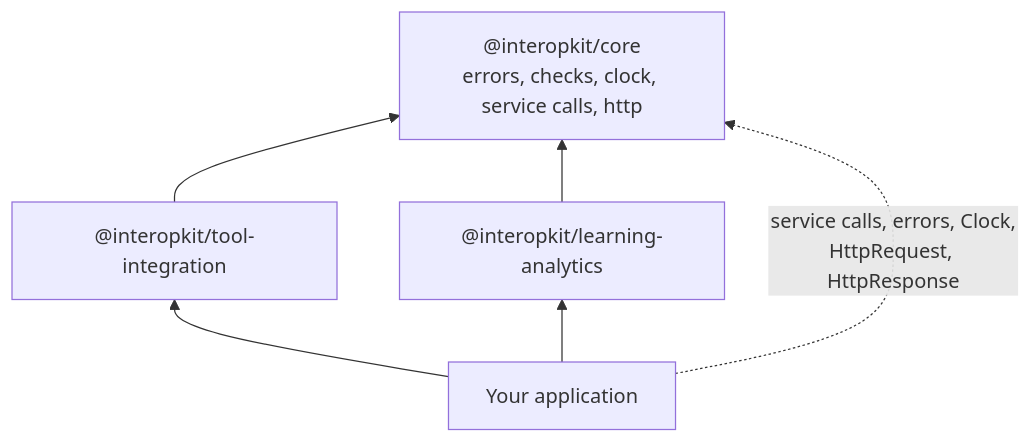
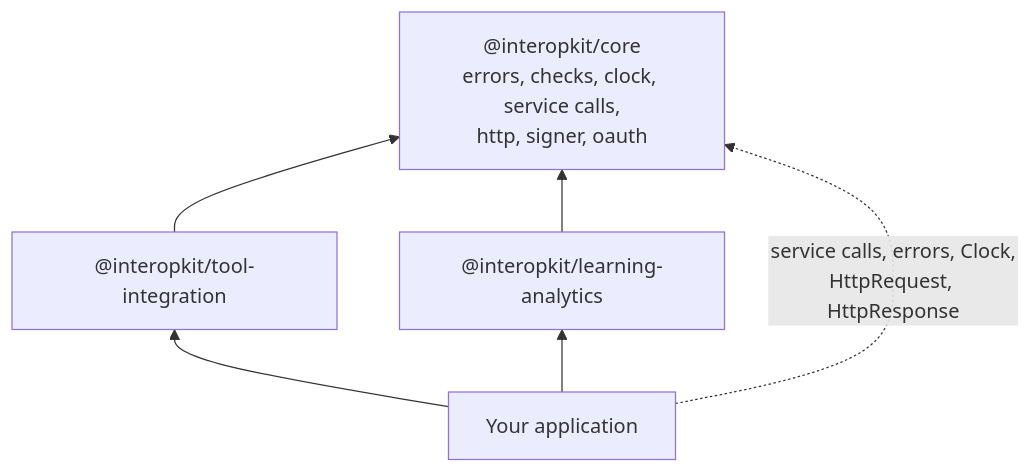
One commit to interopkit/interopkit changed the diagram in packages/core/README.md. Above: the diagram before and after it, drawn with Mermaid. The commit also changed other lines of this file and 48 other files, not shown here.

First line of the commit message:
Add the Signer port, random source and OAuth 2.0 clients to core

````diff
--- a/packages/core/README.md
+++ b/packages/core/README.md
@@ -9,9 +9,9 @@
 ```mermaid
 flowchart BT
-  core["@interopkit/core<br/>errors, checks, clock, service calls, http"]
+  core["@interopkit/core<br/>errors, checks, clock, service calls,<br/>http, signer, oauth"]
   tool["@interopkit/tool-integration"] --> core
   analytics["@interopkit/learning-analytics"] --> core
   host["Your application"] --> tool
   host --> analytics
   host -.->|"service calls, errors, Clock,<br/>HttpRequest, HttpResponse"| core
 ```
````
